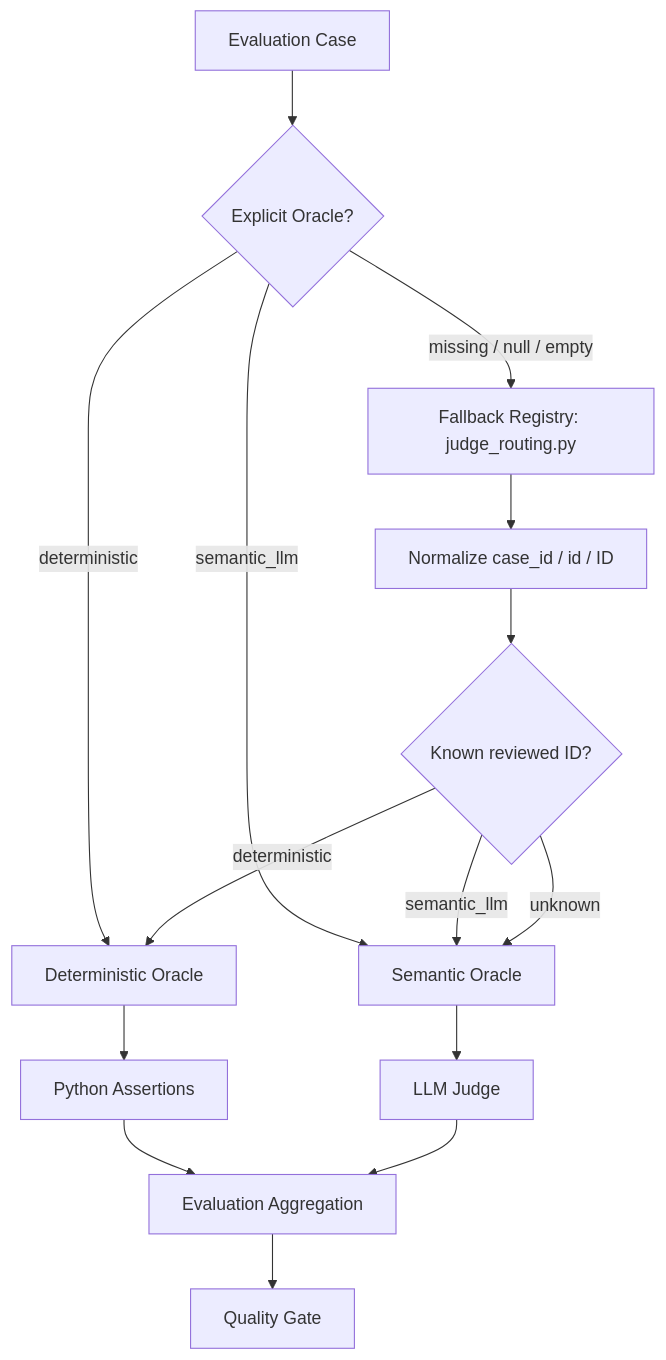
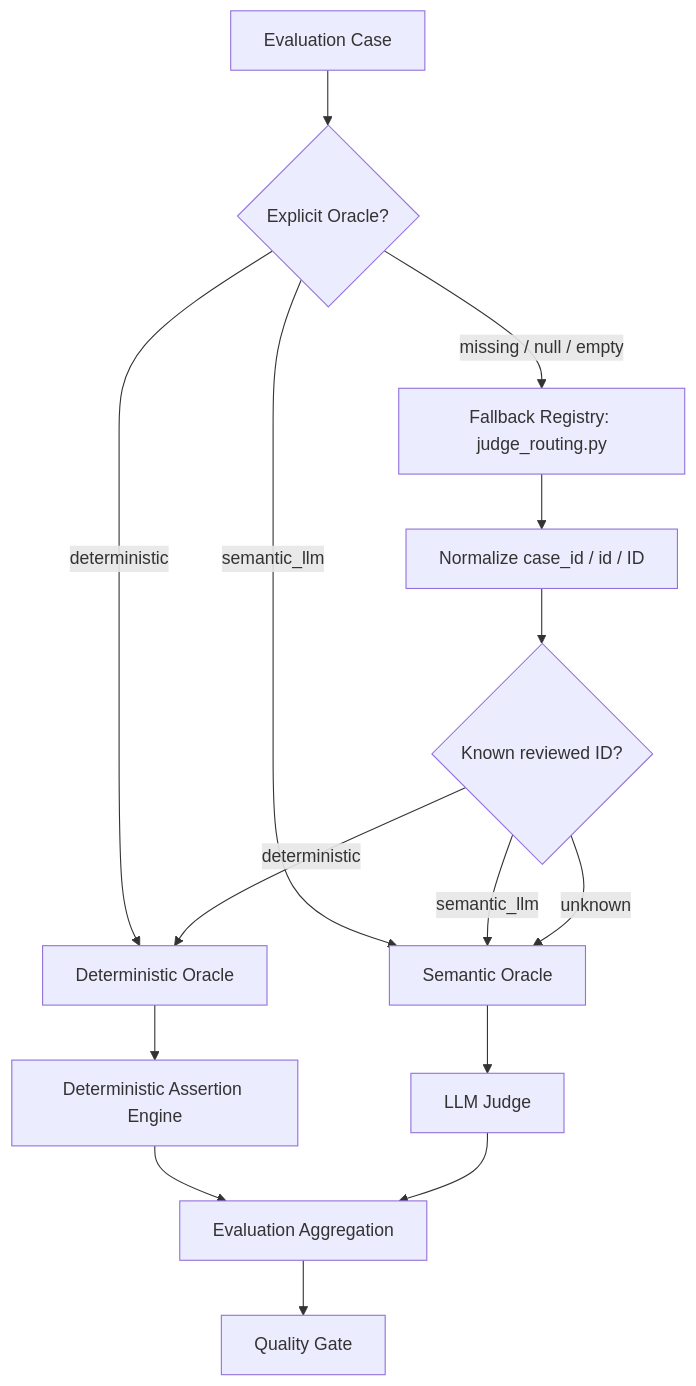
Before and after one commit to oleksandrserhieiev-beep/ai-qe-lab: the first of 4 diagrams in docs/automated_ai_evaluation.md, drawn with Mermaid. The commit also changed other lines of this file, not shown here.

Commit message:
Document atomic deterministic execution and localization

````diff
--- a/docs/automated_ai_evaluation.md
+++ b/docs/automated_ai_evaluation.md
@@ -9,17 +9,17 @@
 ```mermaid
 flowchart TD
     A[Evaluation Case] --> O{Explicit Oracle?}
     O -->|deterministic| D[Deterministic Oracle]
     O -->|semantic_llm| S[Semantic Oracle]
     O -->|missing / null / empty| F[Fallback Registry: judge_routing.py]
     F --> ID[Normalize case_id / id / ID]
     ID --> M{Known reviewed ID?}
     M -->|deterministic| D
     M -->|semantic_llm| S
     M -->|unknown| S
-    D --> P[Python Assertions]
+    D --> P[Deterministic Assertion Engine]
     S --> J[LLM Judge]
     P --> R[Evaluation Aggregation]
     J --> R
     R --> G[Quality Gate]
 ```
````
